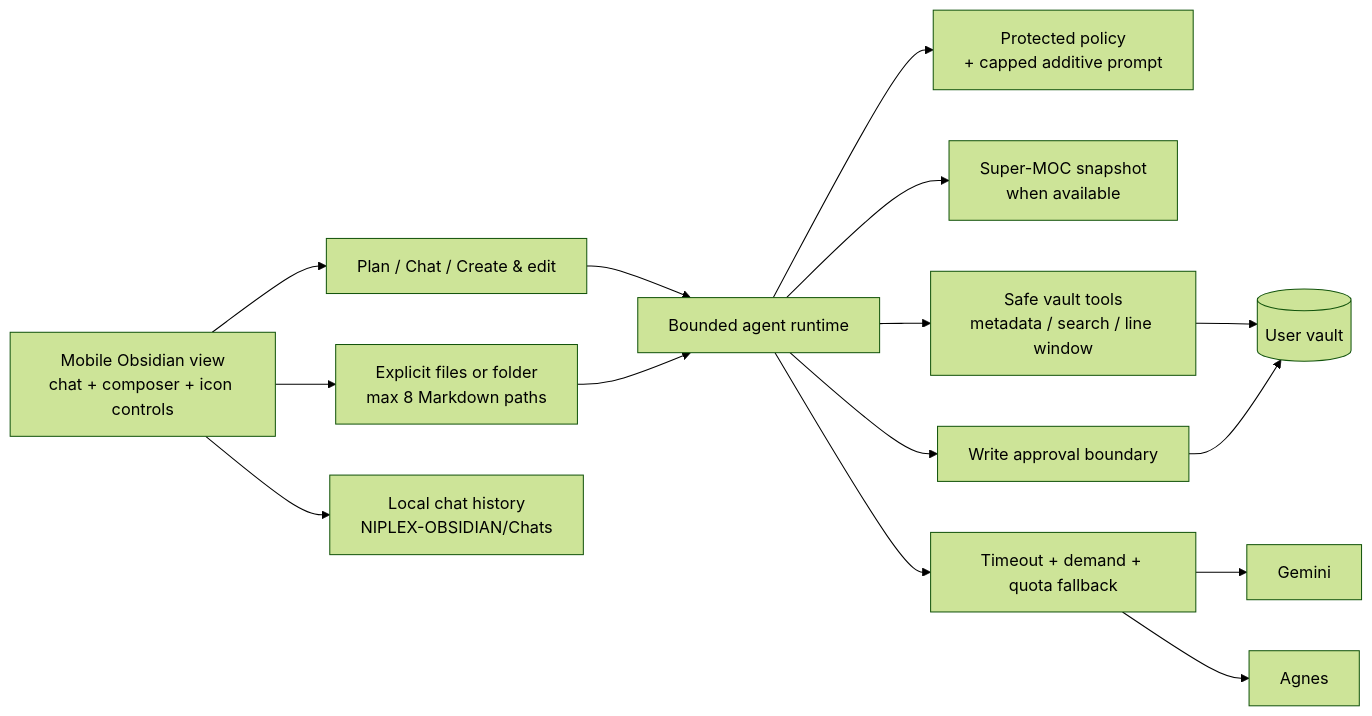
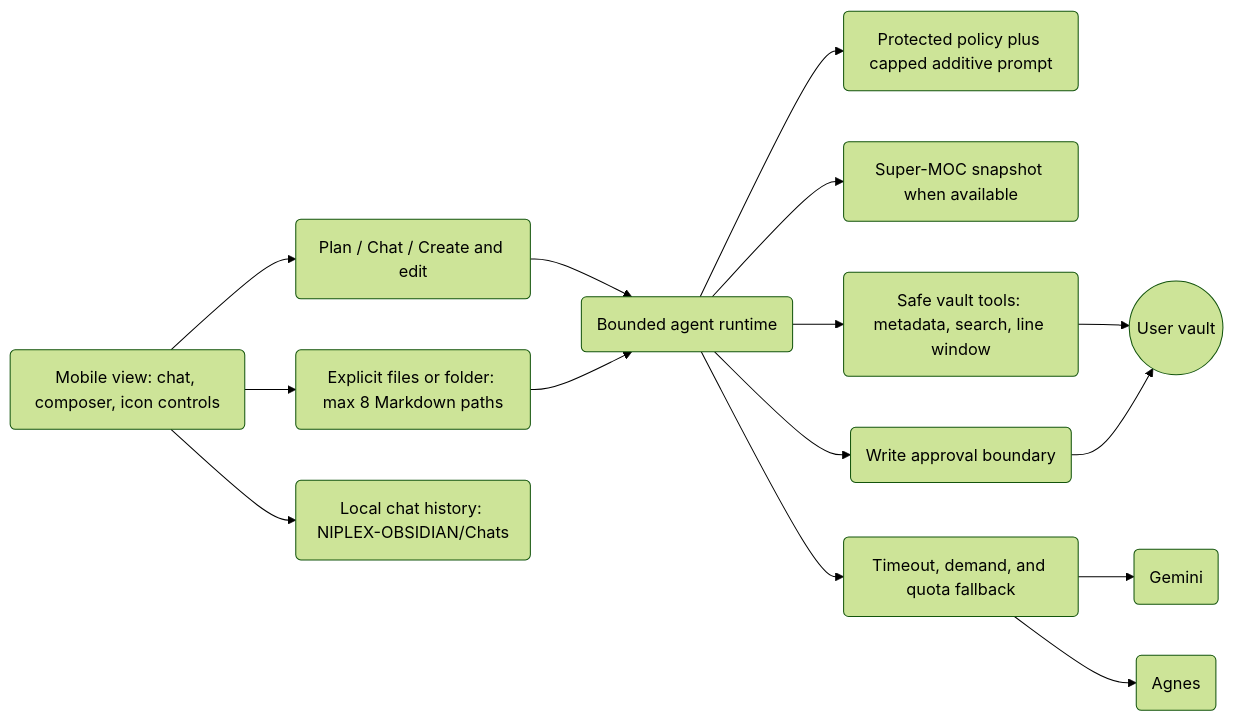
The first of 2 diagrams in README.md (Aj-Niplex/Niplex-obsidian-Research-AI), drawn with Mermaid (forest theme) before and after one commit. The commit also changed other lines of this file and 14 other files, not shown here.

````diff
--- a/README.md
+++ b/README.md
@@ -36,17 +36,17 @@
 ```mermaid
 flowchart LR
-    UI[Mobile Obsidian view\nchat + composer + icon controls] --> MODE[Plan / Chat / Create & edit]
-    UI --> ATTACH[Explicit files or folder\nmax 8 Markdown paths]
-    UI --> HISTORY[Local chat history\nNIPLEX-OBSIDIAN/Chats]
-    MODE --> RUNTIME[Bounded agent runtime]
+    UI("Mobile view: chat, composer, icon controls") --> MODE("Plan / Chat / Create and edit")
+    UI --> ATTACH("Explicit files or folder: max 8 Markdown paths")
+    UI --> HISTORY("Local chat history: NIPLEX-OBSIDIAN/Chats")
+    MODE --> RUNTIME("Bounded agent runtime")
     ATTACH --> RUNTIME
-    RUNTIME --> PROMPT[Protected policy\n+ capped additive prompt]
-    RUNTIME --> MOC[Super-MOC snapshot\nwhen available]
-    RUNTIME --> TOOLS[Safe vault tools\nmetadata / search / line window]
-    RUNTIME --> FALLBACK[Timeout + demand + quota fallback]
-    FALLBACK --> GEMINI[Gemini]
-    FALLBACK --> AGNES[Agnes]
-    TOOLS --> VAULT[(User vault)]
-    RUNTIME --> APPROVAL[Write approval boundary]
+    RUNTIME --> PROMPT("Protected policy plus capped additive prompt")
+    RUNTIME --> MOC("Super-MOC snapshot when available")
+    RUNTIME --> TOOLS("Safe vault tools: metadata, search, line window")
+    RUNTIME --> FALLBACK("Timeout, demand, and quota fallback")
+    FALLBACK --> GEMINI("Gemini")
+    FALLBACK --> AGNES("Agnes")
+    TOOLS --> VAULT(("User vault"))
+    RUNTIME --> APPROVAL("Write approval boundary")
     APPROVAL --> VAULT
 ```
````
